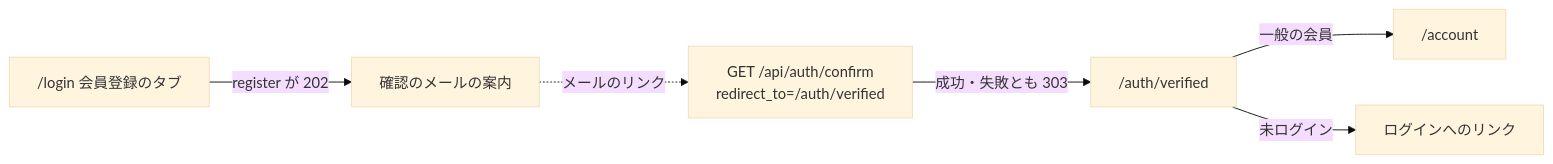
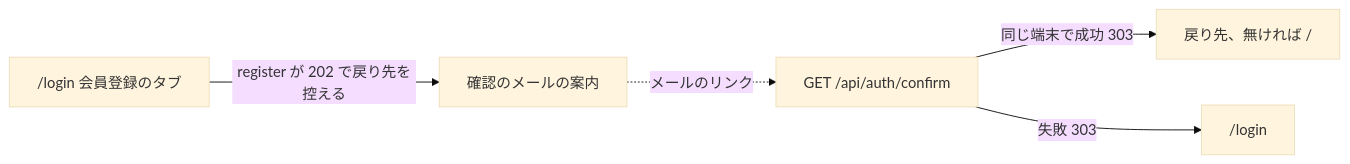
The tenth of 17 diagrams in docs/03_BasicDesign/areas/auth.md (ChocoWork/o_official), drawn with Mermaid (base theme) before and after one commit. The commit also changed other lines of this file and 112 other files, not shown here.

````diff
--- a/docs/03_BasicDesign/areas/auth.md
+++ b/docs/03_BasicDesign/areas/auth.md
@@ -539,8 +573,7 @@
 ```mermaid
 flowchart LR
-  A["/login 会員登録のタブ"] -->|register が 202| B["確認のメールの案内"]
-  B -.->|メールのリンク| C["GET /api/auth/confirm<br/>redirect_to=/auth/verified"]
-  C -->|成功・失敗とも 303| D["/auth/verified"]
-  D -->|一般の会員| E["/account"]
-  D -->|未ログイン| F["ログインへのリンク"]
+  A["/login 会員登録のタブ"] -->|register が 202 で戻り先を控える| B["確認のメールの案内"]
+  B -.->|メールのリンク| C["GET /api/auth/confirm"]
+  C -->|同じ端末で成功 303| D["戻り先、無ければ /"]
+  C -->|失敗 303| F["/login"]
 ```
````
